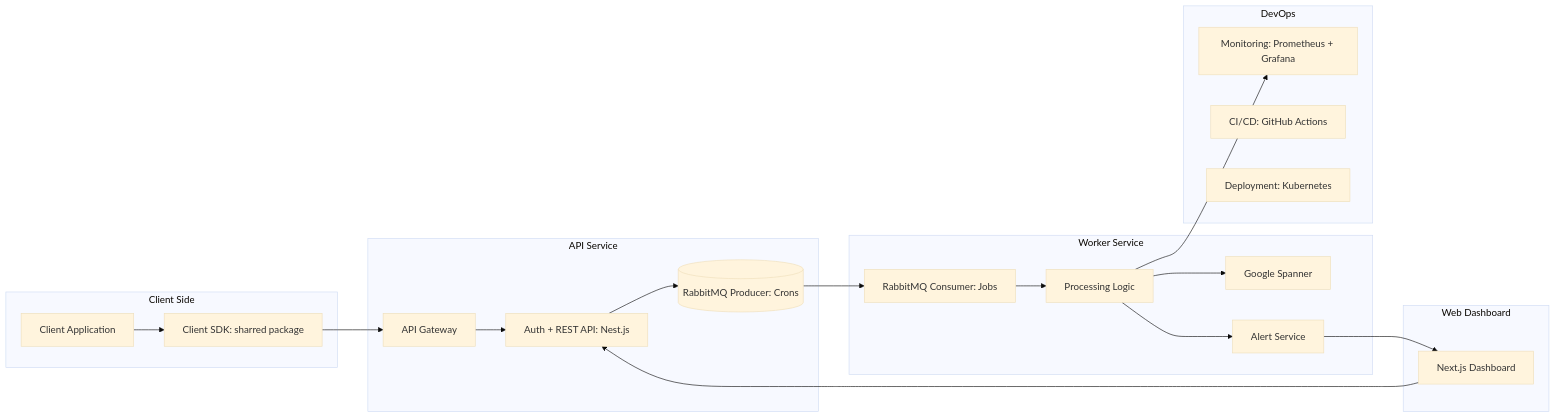
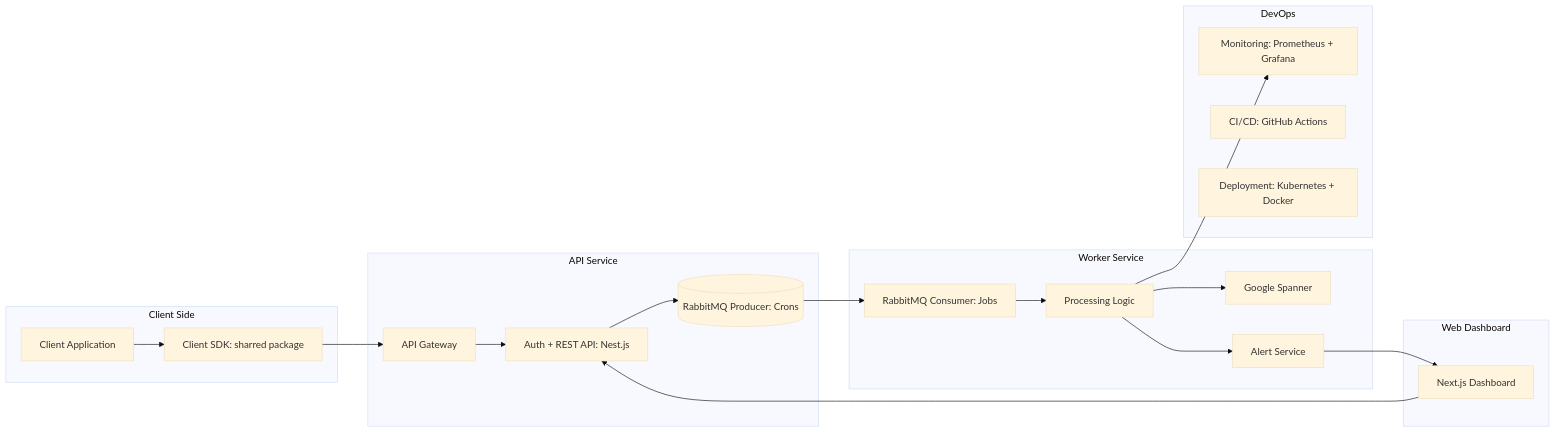
The diagram in README.md (Githi54/dt-test-task), drawn with Mermaid (base theme) before and after one commit. The commit also changed other lines of this file, not shown here.

````diff
--- a/README.md
+++ b/README.md
@@ -8,43 +8,43 @@
 ```mermaid
 flowchart LR
     %% === Client Side ===
     subgraph CLIENT[Client Side]
         A[Client Application]
         B[Client SDK: sharred package]
     end
 
     %% === API Service ===
     subgraph API[API Service]
         C[API Gateway]
         D[Auth + REST API: Nest.js]
         E[(RabbitMQ Producer: Crons)]
     end
 
     %% === Worker Service ===
     subgraph WORKER[Worker Service]
         F[RabbitMQ Consumer: Jobs]
         G[Processing Logic]
         H[Google Spanner]
         J[Alert Service]
     end
 
     %% === Frontend ===
     subgraph FRONTEND[Web Dashboard]
         K[Next.js Dashboard]
     end
 
     %% === DevOps ===
     subgraph DEVOPS[DevOps]
         L[Monitoring: Prometheus + Grafana]
         M[CI/CD: GitHub Actions]
-        N[Deployment: Kubernetes]
+        N[Deployment: Kubernetes + Docker]
     end
 
     %% === Data Flows ===
     A --> B --> C --> D --> E
     E --> F --> G --> H
     G --> J
     K --> D
     J --> K
     G --> L
 ```
````
